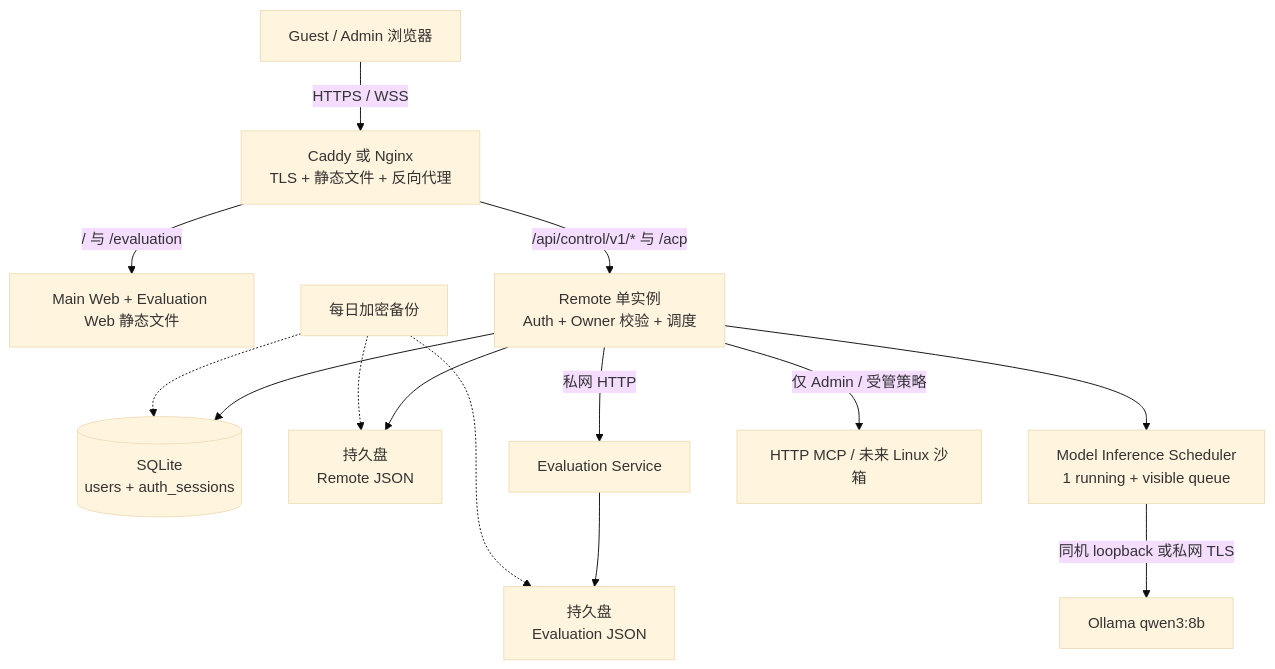
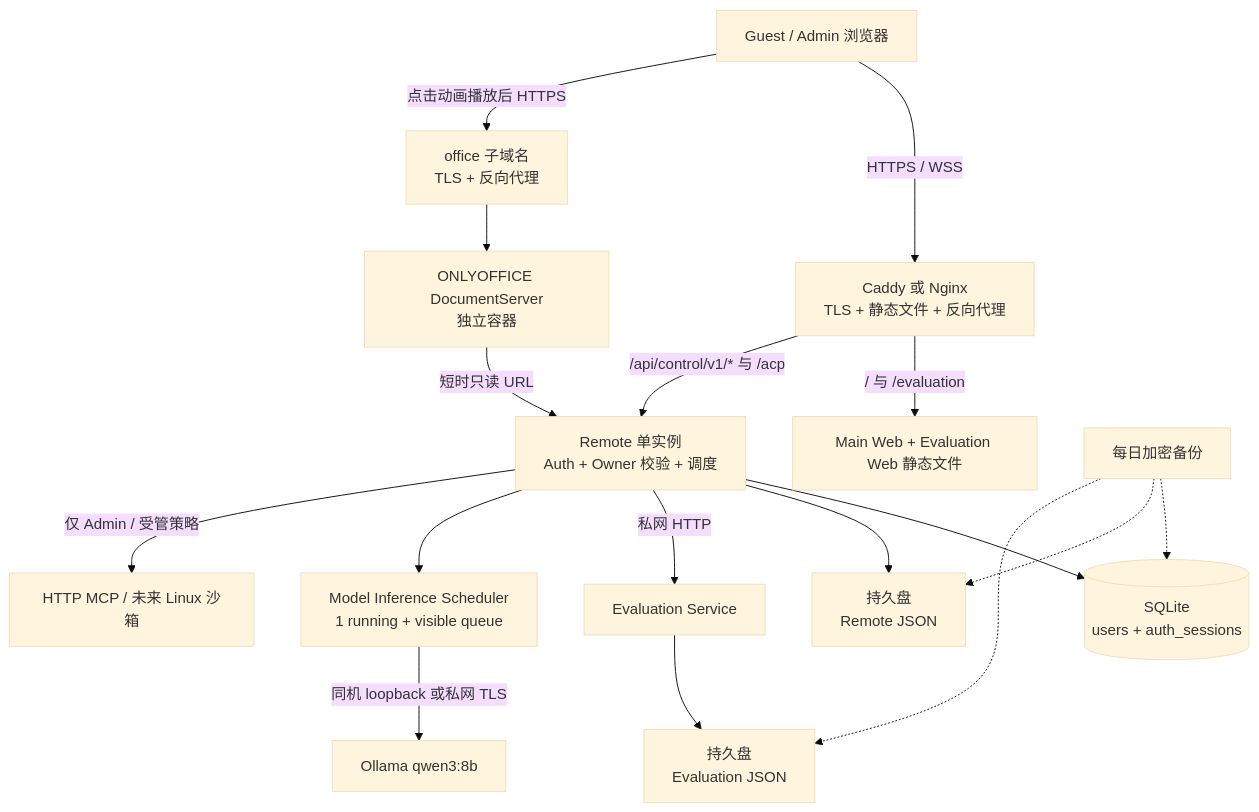
One commit to bambibren/Models-Kindergarten changed the second of 5 diagrams in docs/ONLINE_DEPLOYMENT_RESEARCH_TRD.md. Above: the diagram before and after it, drawn with Mermaid (base theme). The commit also changed other lines of this file and 82 other files, not shown here.

````diff
--- a/docs/ONLINE_DEPLOYMENT_RESEARCH_TRD.md
+++ b/docs/ONLINE_DEPLOYMENT_RESEARCH_TRD.md
@@ -117,20 +122,23 @@
 ```mermaid
 flowchart TB
     User["Guest / Admin 浏览器"] -->|"HTTPS / WSS"| Gateway["Caddy 或 Nginx\nTLS + 静态文件 + 反向代理"]
 
     Gateway -->|"/ 与 /evaluation"| Static["Main Web + Evaluation Web 静态文件"]
     Gateway -->|"/api/control/v1/* 与 /acp"| Remote["Remote 单实例\nAuth + Owner 校验 + 调度"]
 
     Remote --> Auth[("SQLite\nusers + auth_sessions")]
     Remote --> Data["持久盘\nRemote JSON"]
     Remote -->|"私网 HTTP"| Eval["Evaluation Service"]
     Eval --> EvalData["持久盘\nEvaluation JSON"]
 
     Remote --> Scheduler["Model Inference Scheduler\n1 running + visible queue"]
     Scheduler -->|"同机 loopback 或私网 TLS"| Ollama["Ollama qwen3:8b"]
     Remote -->|"仅 Admin / 受管策略"| MCP["HTTP MCP / 未来 Linux 沙箱"]
+    User -->|"点击动画播放后 HTTPS"| OfficeGateway["office 子域名\nTLS + 反向代理"]
+    OfficeGateway --> OnlyOffice["ONLYOFFICE DocumentServer\n独立容器"]
+    OnlyOffice -->|"短时只读 URL"| Remote
 
     Backup["每日加密备份"] -.-> Auth
     Backup -.-> Data
     Backup -.-> EvalData
 ```
````
